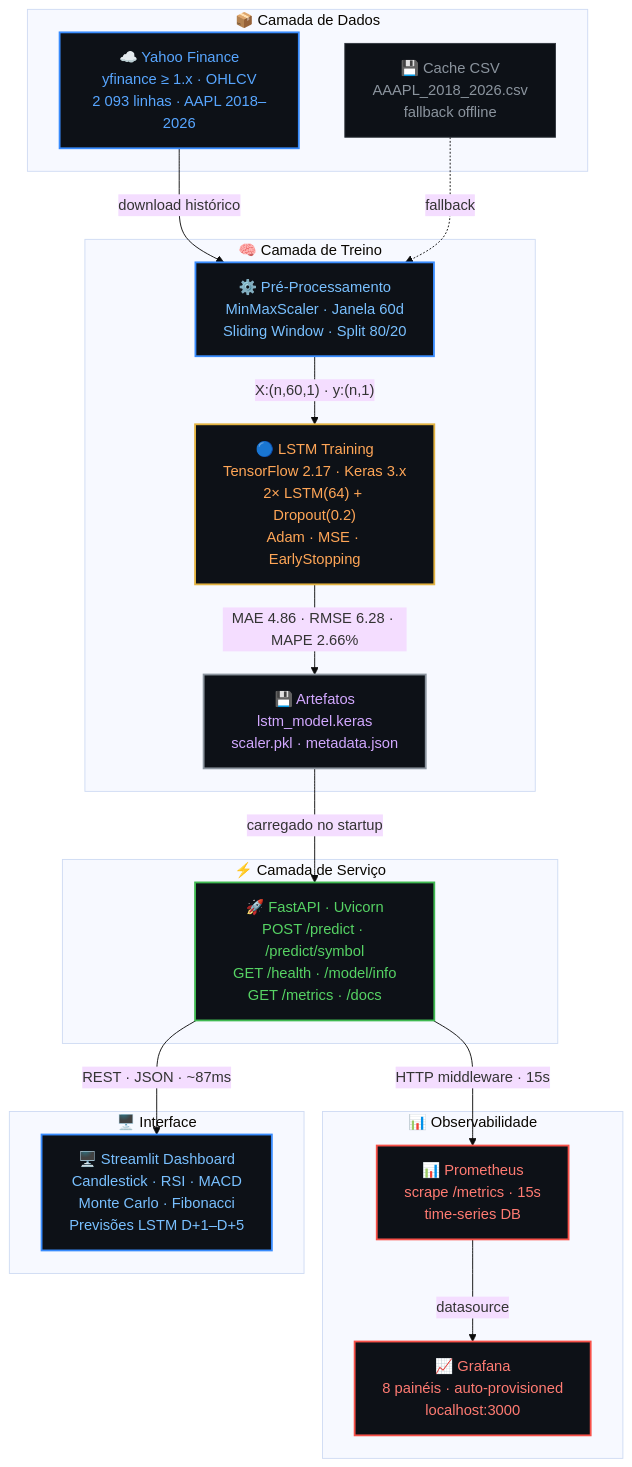
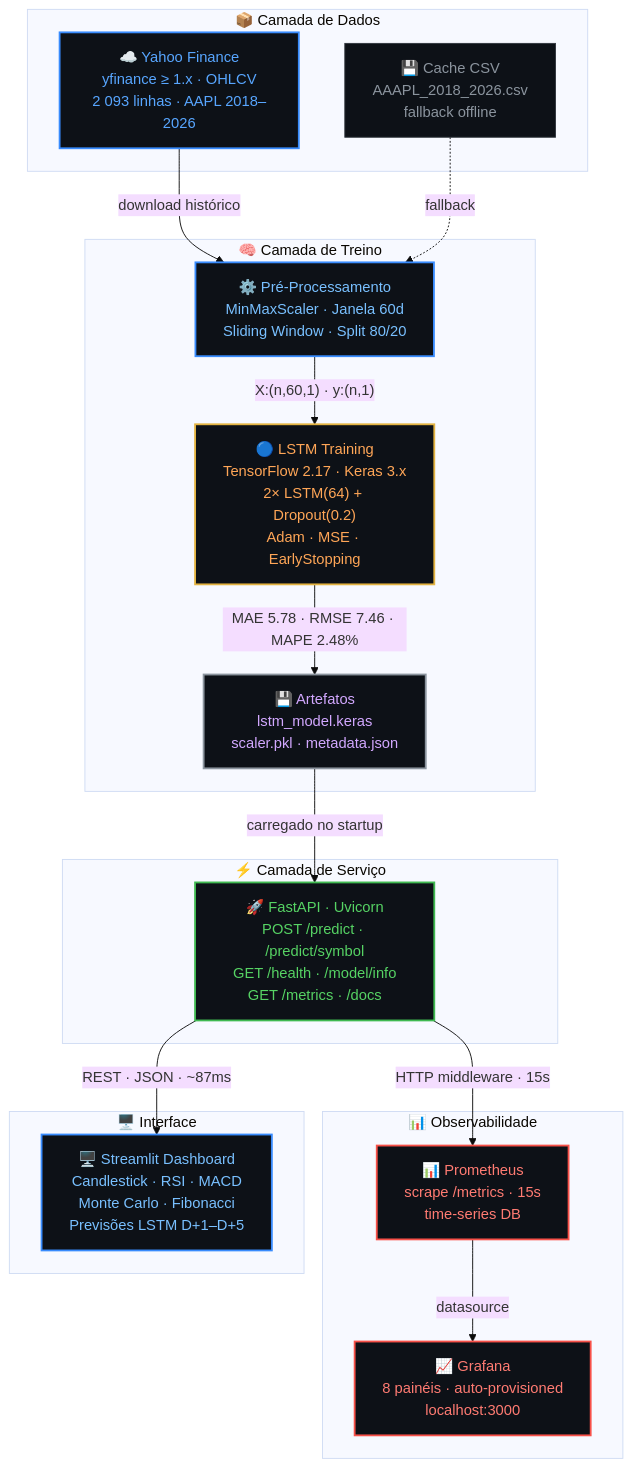
Before and after one commit to dionebraga/Pos_Tech_MLET-Fase-4: the third of 10 diagrams in README.md, drawn with Mermaid (base theme). The commit also changed other lines of this file, not shown here.

First line of the commit message:
README: replace xychart + add deep learning mechanism diagrams

````diff
--- a/README.md
+++ b/README.md
@@ -224,45 +228,45 @@
 ```mermaid
 flowchart TD
     subgraph DADOS["  📦 Camada de Dados  "]
         YF["☁️ Yahoo Finance\nyfinance ≥ 1.x · OHLCV\n2 093 linhas · AAPL 2018–2026"]
         CSV["💾 Cache CSV\nAAAPL_2018_2026.csv\nfallback offline"]
     end
 
     subgraph TREINO["  🧠 Camada de Treino  "]
         DP["⚙️ Pré-Processamento\nMinMaxScaler · Janela 60d\nSliding Window · Split 80/20"]
         ML["🔵 LSTM Training\nTensorFlow 2.17 · Keras 3.x\n2× LSTM(64) + Dropout(0.2)\nAdam · MSE · EarlyStopping"]
         ART["💾 Artefatos\nlstm_model.keras\nscaler.pkl · metadata.json"]
     end
 
     subgraph SERVE["  ⚡ Camada de Serviço  "]
         API["🚀 FastAPI · Uvicorn\nPOST /predict · /predict/symbol\nGET /health · /model/info\nGET /metrics · /docs"]
     end
 
     subgraph OBS["  📊 Observabilidade  "]
         PROM["📊 Prometheus\nscrape /metrics · 15s\ntime-series DB"]
         GRAF["📈 Grafana\n8 painéis · auto-provisioned\nlocalhost:3000"]
     end
 
     subgraph UI["  🖥️ Interface  "]
         DASH["🖥️ Streamlit Dashboard\nCandlestick · RSI · MACD\nMonte Carlo · Fibonacci\nPrevisões LSTM D+1–D+5"]
     end
 
     YF -->|"download histórico"| DP
     CSV -.->|"fallback"| DP
     DP -->|"X:(n,60,1) · y:(n,1)"| ML
-    ML -->|"MAE 4.86 · RMSE 6.28 · MAPE 2.66%"| ART
+    ML -->|"MAE 5.78 · RMSE 7.46 · MAPE 2.48%"| ART
     ART -->|"carregado no startup"| API
     API -->|"HTTP middleware · 15s"| PROM
     PROM -->|"datasource"| GRAF
     API -->|"REST · JSON · ~87ms"| DASH
 
     style YF   fill:#0d1117,color:#58a6ff,stroke:#388bfd,stroke-width:2px
     style CSV  fill:#0d1117,color:#8b949e,stroke:#30363d,stroke-width:1px
     style DP   fill:#0d1117,color:#79c0ff,stroke:#388bfd,stroke-width:2px
     style ML   fill:#0d1117,color:#ffa657,stroke:#e3b341,stroke-width:2px
     style ART  fill:#0d1117,color:#d2a8ff,stroke:#8b949e,stroke-width:2px
     style API  fill:#0d1117,color:#56d364,stroke:#3fb950,stroke-width:2px
     style PROM fill:#0d1117,color:#ff7b72,stroke:#f85149,stroke-width:2px
     style GRAF fill:#0d1117,color:#ff7b72,stroke:#f85149,stroke-width:2px
     style DASH fill:#0d1117,color:#79c0ff,stroke:#388bfd,stroke-width:2px
 ```
````
